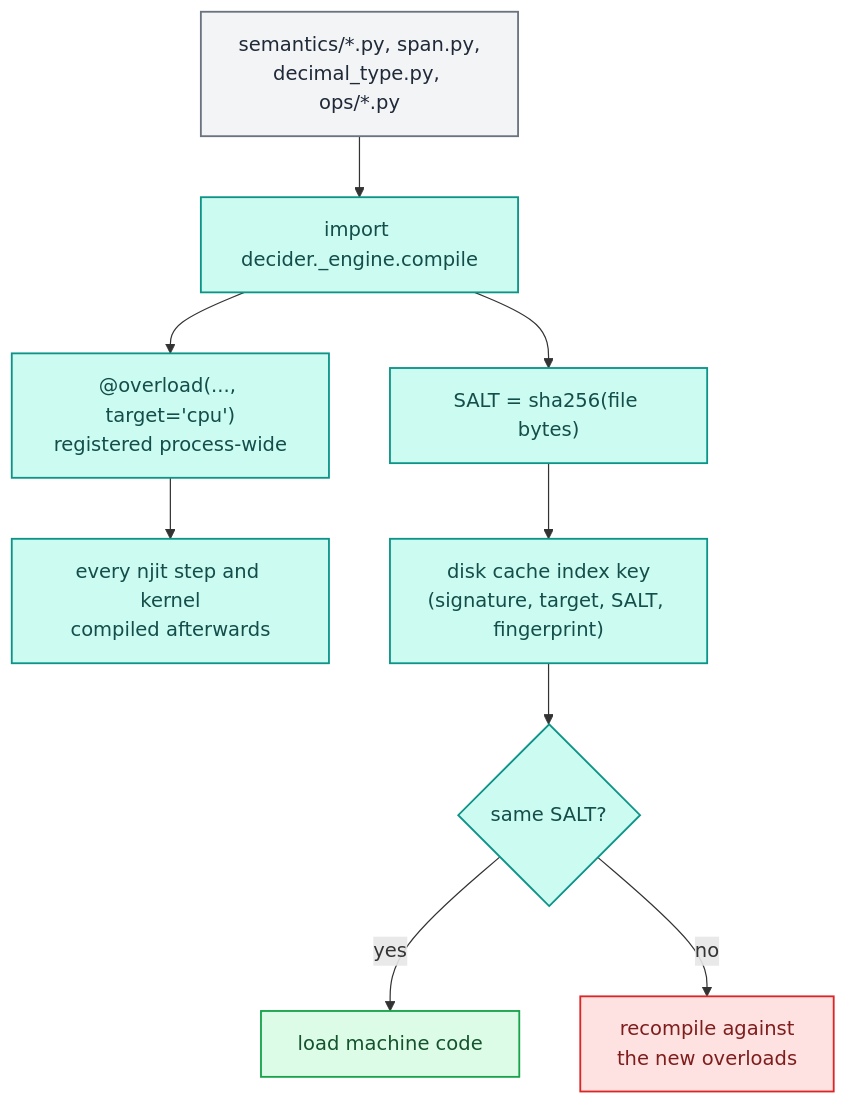
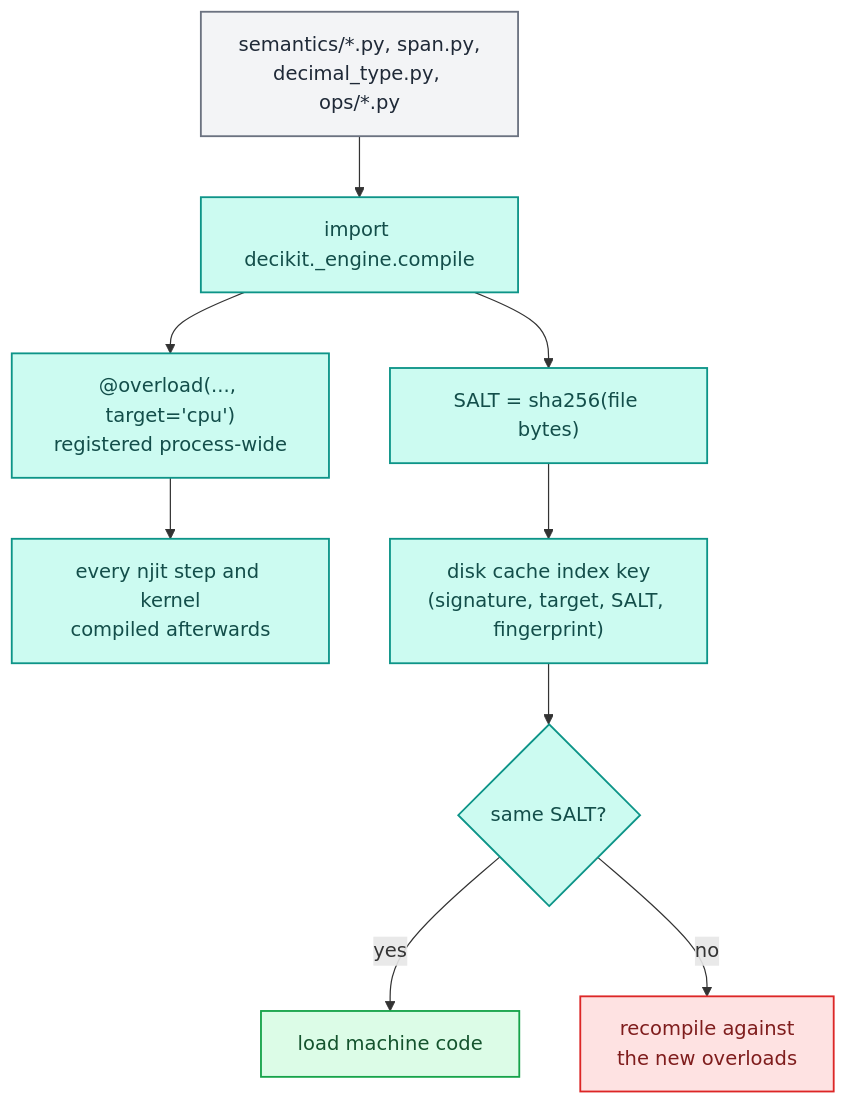
One commit to capitec/dsp-decision-engine changed the first of 2 diagrams in docs/architecture/engine/kernels.md. Above: the diagram before and after it, drawn with Mermaid. The commit also changed other lines of this file and 1292 other files, not shown here.

Commit message:
rename decider to decikit: package, CLI, DECIKIT_* settings, plugin, extension, docs prose says decider toolkit

````diff
--- a/docs/architecture/engine/kernels.md
+++ b/docs/architecture/engine/kernels.md
@@ -55,15 +55,15 @@
 ```mermaid
 flowchart TD
-    files["semantics/*.py, span.py,<br/>decimal_type.py, ops/*.py"]:::foundation --> imp["import decider._engine.compile"]:::engine
+    files["semantics/*.py, span.py,<br/>decimal_type.py, ops/*.py"]:::foundation --> imp["import decikit._engine.compile"]:::engine
     imp --> reg["@overload(..., target='cpu')<br/>registered process-wide"]:::engine
     imp --> salt["SALT = sha256(file bytes)"]:::engine
     reg --> step["every njit step and kernel<br/>compiled afterwards"]:::engine
     salt --> key["disk cache index key<br/>(signature, target, SALT, fingerprint)"]:::engine
     key --> hit{"same SALT?"}:::engine
     hit -->|"yes"| load["load machine code"]:::data
     hit -->|"no"| recompile["recompile against<br/>the new overloads"]:::error
     classDef foundation fill:#f3f4f6,stroke:#6b7280,color:#1f2937,stroke-width:1.5px;
     classDef engine fill:#ccfbf1,stroke:#0d9488,color:#134e4a,stroke-width:1.5px;
     classDef data fill:#dcfce7,stroke:#16a34a,color:#14532d,stroke-width:1.5px;
     classDef error fill:#fee2e2,stroke:#dc2626,color:#7f1d1d,stroke-width:1.5px;
 ```
````
